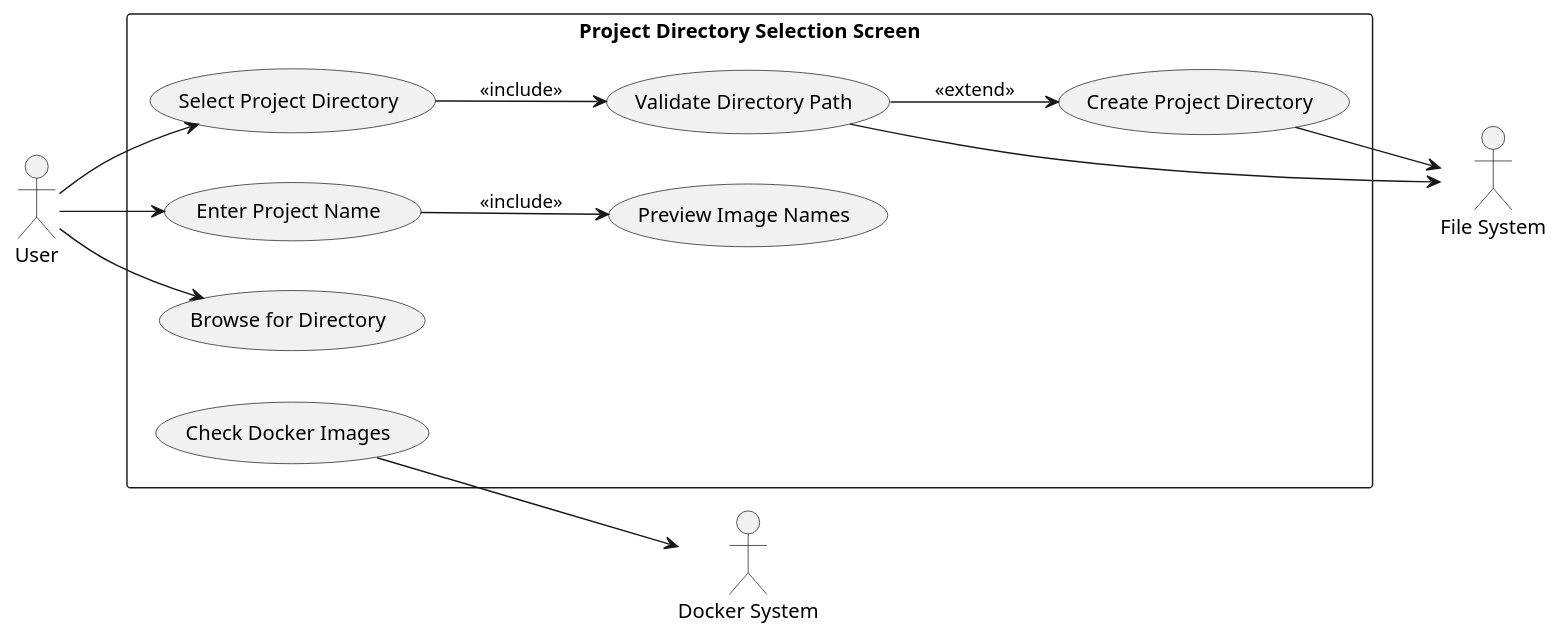
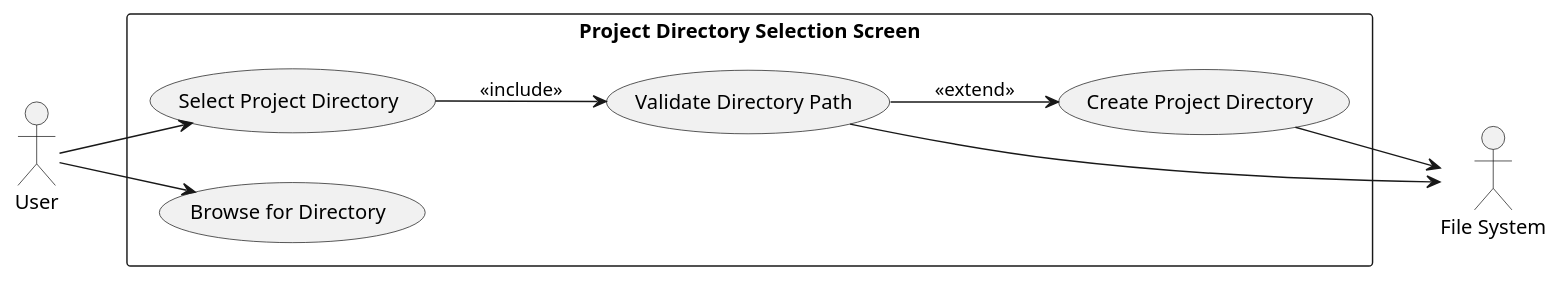
Before and after one commit to igamenovoer/PeiDocker: the diagram in context/plans/gui/screens/sc-1/figures/sc1/use-cases.puml, drawn with PlantUML. The commit also changed 17 other files, not shown here.

```diff
--- a/context/plans/gui/screens/sc-1/figures/sc1/use-cases.puml
+++ b/context/plans/gui/screens/sc-1/figures/sc1/use-cases.puml
@@ -1,26 +1,19 @@
 @startuml
 left to right direction
 actor "User" as user
 actor "File System" as fs
-actor "Docker System" as docker
 
 rectangle "Project Directory Selection Screen" {
   usecase "Select Project Directory" as UC1
-  usecase "Enter Project Name" as UC2
-  usecase "Browse for Directory" as UC3
-  usecase "Validate Directory Path" as UC4
-  usecase "Create Project Directory" as UC5
-  usecase "Check Docker Images" as UC6
-  usecase "Preview Image Names" as UC7
+  usecase "Browse for Directory" as UC2
+  usecase "Validate Directory Path" as UC3
+  usecase "Create Project Directory" as UC4
 }
 
 user --> UC1
 user --> UC2
-user --> UC3
-UC1 --> UC4 : <<include>>
-UC4 --> UC5 : <<extend>>
-UC2 --> UC7 : <<include>>
-UC6 --> docker
+UC1 --> UC3 : <<include>>
+UC3 --> UC4 : <<extend>>
+UC3 --> fs
 UC4 --> fs
-UC5 --> fs
 @enduml
```
